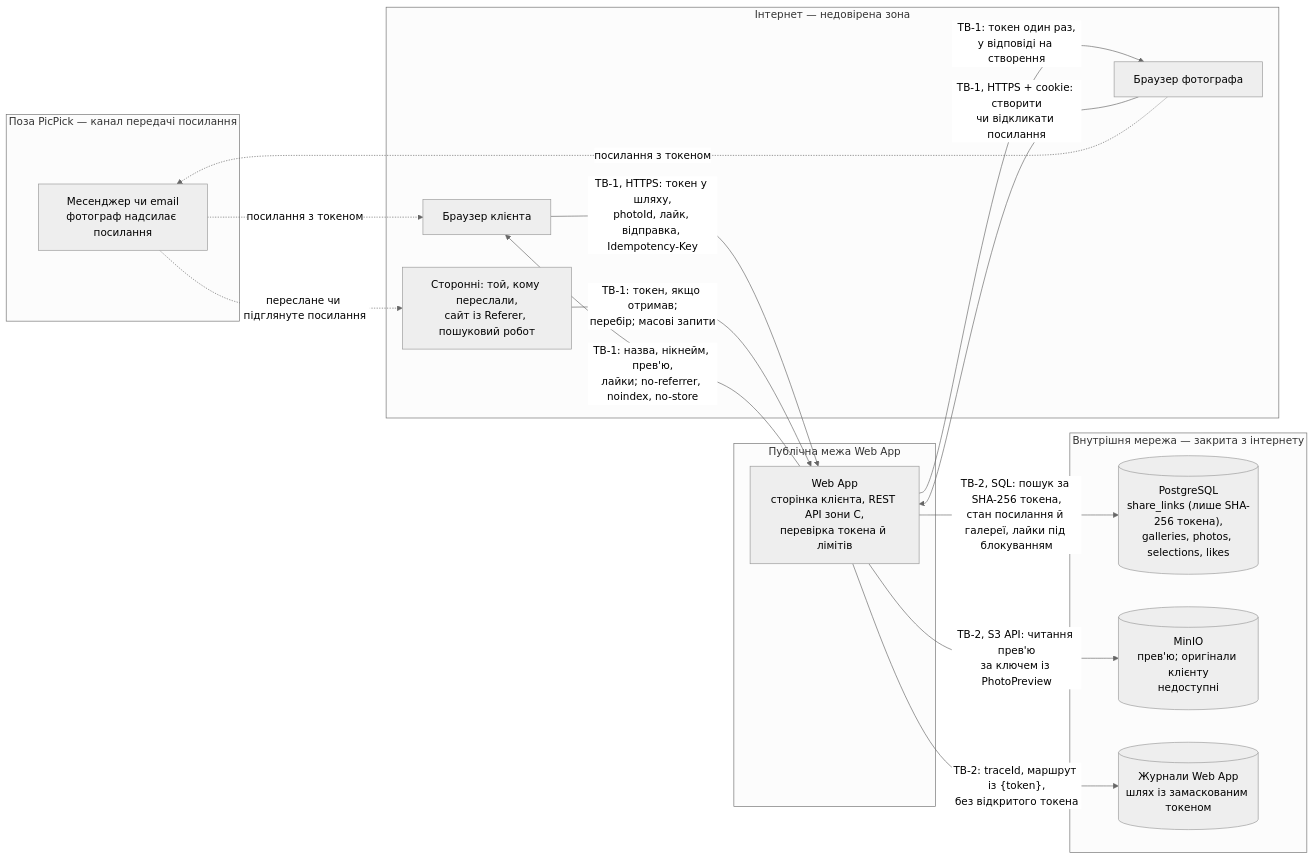
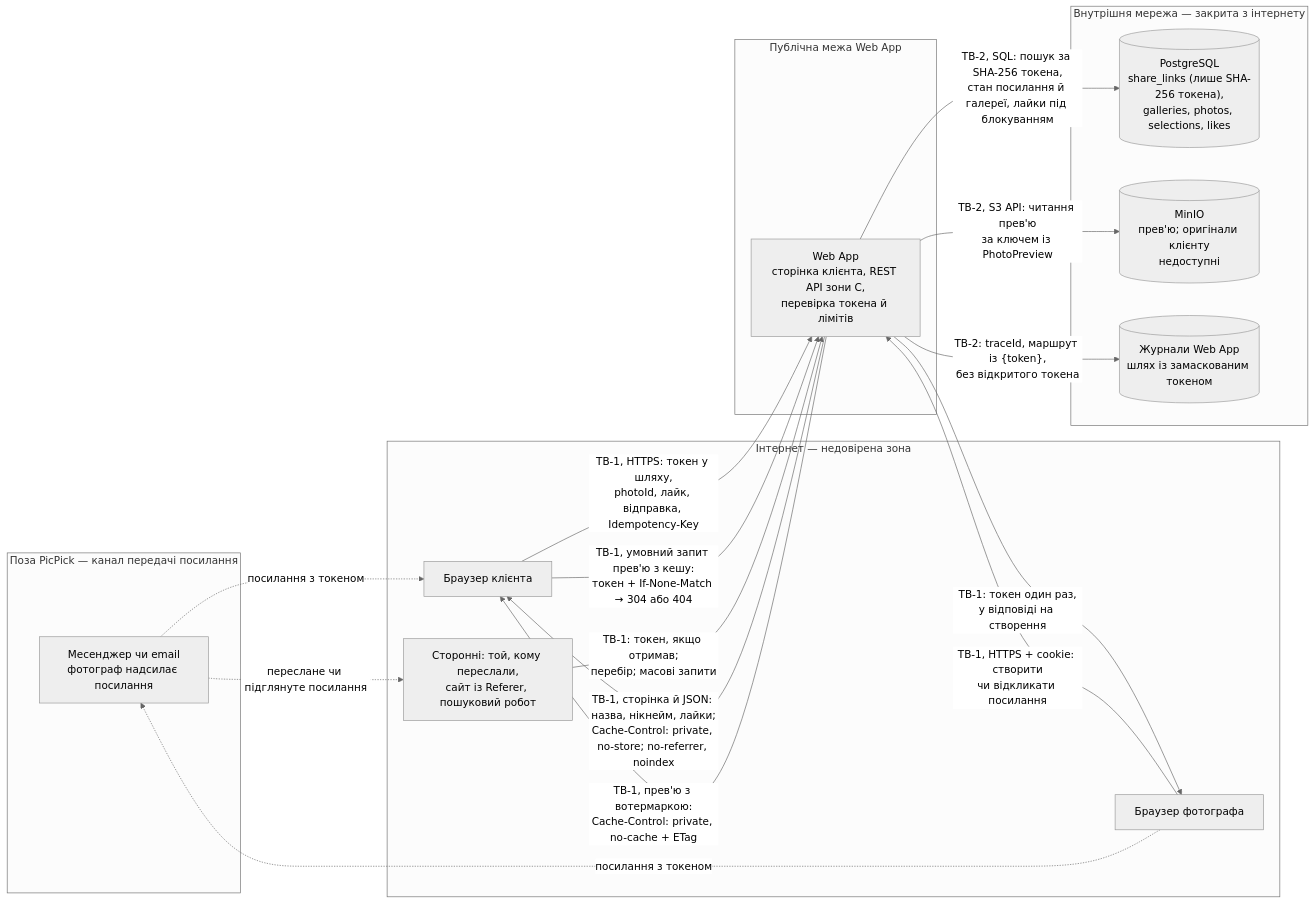
One commit to alonasaienko/picpick changed the diagram in docs/09-security/zone-c.md. Above: the diagram before and after it, drawn with Mermaid (neutral theme). The commit also changed other lines of this file, not shown here.

````diff
--- a/docs/09-security/zone-c.md
+++ b/docs/09-security/zone-c.md
@@ -21,36 +21,38 @@
 ```mermaid
 flowchart LR
     subgraph outside["Поза PicPick — канал передачі посилання"]
         channel["Месенджер чи email<br/>фотограф надсилає посилання"]
     end
 
     subgraph internet["Інтернет — недовірена зона"]
         photographer["Браузер фотографа"]
         client["Браузер клієнта"]
         third["Сторонні: той, кому переслали,<br/>сайт із Referer, пошуковий робот"]
     end
 
     subgraph public["Публічна межа Web App"]
         web["Web App<br/>сторінка клієнта, REST API зони C,<br/>перевірка токена й лімітів"]
     end
 
     subgraph internal["Внутрішня мережа — закрита з інтернету"]
         db[("PostgreSQL<br/>share_links (лише SHA-256 токена),<br/>galleries, photos, selections, likes")]
         minio[("MinIO<br/>прев'ю; оригінали клієнту<br/>недоступні")]
         logs[("Журнали Web App<br/>шлях із замаскованим токеном")]
     end
 
     photographer -->|"TB-1, HTTPS + cookie: створити<br/>чи відкликати посилання"| web
     web -->|"TB-1: токен один раз,<br/>у відповіді на створення"| photographer
     photographer -.->|"посилання з токеном"| channel
     channel -.->|"посилання з токеном"| client
     channel -.->|"переслане чи підглянуте посилання"| third
 
     client -->|"TB-1, HTTPS: токен у шляху,<br/>photoId, лайк, відправка, Idempotency-Key"| web
-    web -->|"TB-1: назва, нікнейм, прев'ю,<br/>лайки; no-referrer, noindex, no-store"| client
+    web -->|"TB-1, сторінка й JSON: назва, нікнейм, лайки;<br/>Cache-Control: private, no-store; no-referrer, noindex"| client
+    web -->|"TB-1, прев'ю з вотермаркою:<br/>Cache-Control: private, no-cache + ETag"| client
+    client -->|"TB-1, умовний запит прев'ю з кешу:<br/>токен + If-None-Match → 304 або 404"| web
     third -->|"TB-1: токен, якщо отримав;<br/>перебір; масові запити"| web
 
     web -->|"TB-2, SQL: пошук за SHA-256 токена,<br/>стан посилання й галереї, лайки під блокуванням"| db
     web -->|"TB-2, S3 API: читання прев'ю<br/>за ключем із PhotoPreview"| minio
     web -->|"TB-2: traceId, маршрут із {token},<br/>без відкритого токена"| logs
 ```
````
